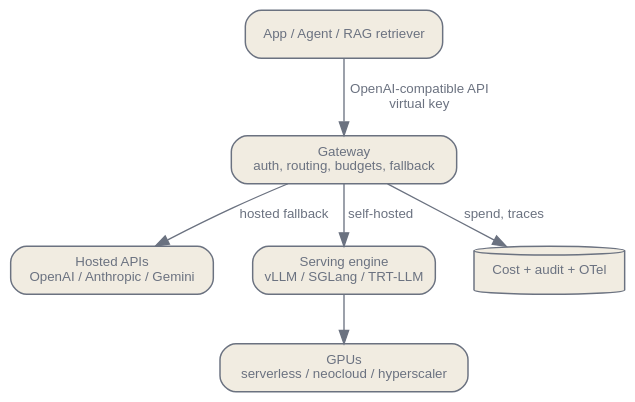
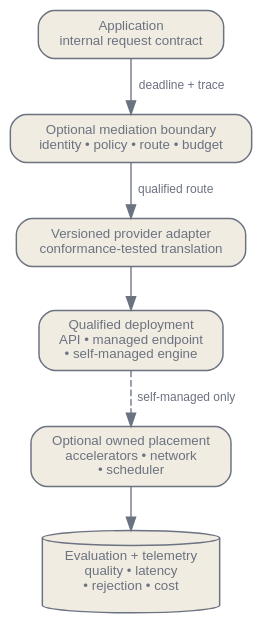
The second of 3 diagrams in en/practice/02-serving-and-compute.qmd (latere-ai/ai-as-an-infrastructure), drawn with Graphviz before and after one commit. The commit also changed other lines of this file and 4 other files, not shown here.

Commit message:
docs: rewrite serving and compute

````diff
--- a/en/practice/02-serving-and-compute.qmd
+++ b/en/practice/02-serving-and-compute.qmd
@@ -27,22 +92,26 @@
 ```{dot}
 //| label: fig-serving-stack
-//| fig-cap: "The request path through a self-hosted stack. One OpenAI-compatible interface runs from the app down to the engine, so any layer can be swapped without rewriting the others."
+//| fig-cap: "A contract-preserving request path. Provider adapters translate a tested internal contract; the compute-placement boundary applies only to the self-managed deployment mode."
 digraph {
   bgcolor="transparent";
   rankdir=TB;
-  nodesep=0.4; ranksep=0.5;
-  node [shape=box, style="rounded,filled", fontname="Helvetica", fontsize=10, color="#6b7280", fontcolor="#6b7280", fillcolor="#f1ece1", penwidth=1.1];
-  edge [fontsize=10, fontname="Helvetica", color="#6b7280", fontcolor="#6b7280"];
-  app [label="App / Agent / RAG retriever"];
-  gw [label="Gateway\nauth, routing, budgets, fallback"];
-  api [label="Hosted APIs\nOpenAI / Anthropic / Gemini"];
-  eng [label="Serving engine\nvLLM / SGLang / TRT-LLM"];
-  gpu [label="GPUs\nserverless / neocloud / hyperscaler"];
-  obs [label="Cost + audit + OTel", shape=cylinder];
-  app -> gw [label="OpenAI-compatible API\nvirtual key"];
-  gw -> api [label="hosted fallback"];
-  gw -> eng [label="self-hosted"];
-  eng -> gpu;
-  gw -> obs [label="spend, traces"];
+  nodesep=0.35; ranksep=0.45;
+  node [shape=box, style="rounded,filled", fontname="Helvetica", fontsize=10,
+        color="#6b7280", fontcolor="#6b7280", fillcolor="#f1ece1",
+        penwidth=1.1, margin="0.12,0.08"];
+  edge [fontsize=9, fontname="Helvetica", color="#6b7280",
+        fontcolor="#6b7280"];
+  app [label="Application\ninternal request contract"];
+  policy [label="Optional mediation boundary\nidentity • policy • route • budget"];
+  adapter [label="Versioned provider adapter\nconformance-tested translation"];
+  deployment [label="Qualified deployment\nAPI • managed endpoint\n• self-managed engine"];
+  compute [label="Optional owned placement\naccelerators • network\n• scheduler"];
+  evidence [label="Evaluation + telemetry\nquality • latency\n• rejection • cost",
+            shape=cylinder];
+  app -> policy [label="deadline + trace"];
+  policy -> adapter [label="qualified route"];
+  adapter -> deployment;
+  deployment -> compute [style=dashed, label="self-managed only"];
+  compute -> evidence;
 }
 ```
````
